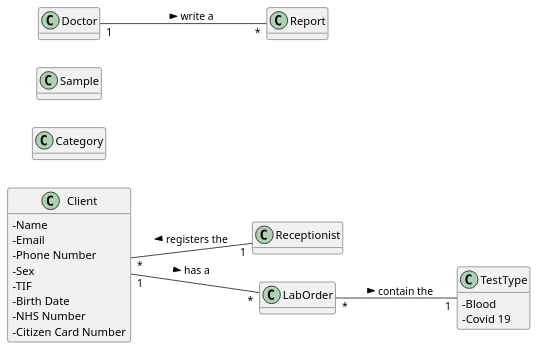
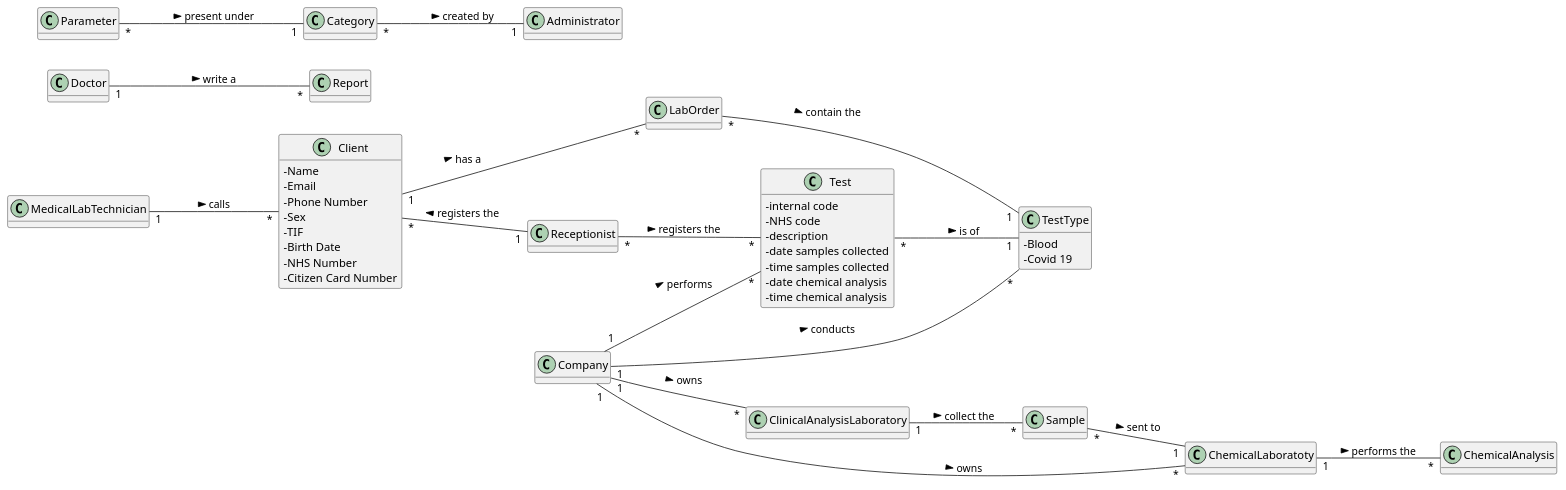
The diagram in docs/SprintA/Artifacts/DM.puml (manu-07-ela/LAPR2_ISEP), drawn with PlantUML before and after one commit.

```diff
--- a/docs/SprintA/Artifacts/DM.puml
+++ b/docs/SprintA/Artifacts/DM.puml
@@ -1,52 +1,106 @@
 @startuml
 'https://plantuml.com/class-diagram
 
 hide methods
 left to right direction
 skinparam classAttributeIconSize 0
 
 class Receptionist {
 
 }
 
 class Client {
  - Name
  - Email
  - Phone Number
  - Sex
  - TIF
  - Birth Date
  - NHS Number
  - Citizen Card Number
 
 }
 
+class Doctor {
+
+}
+
+class Administrator{
+
+}
+
+
+
 class LabOrder {
 
 }
 
 class Category {
 
 }
 
 class TestType {
 - Blood
 - Covid 19
 }
 
 class Sample {
 
 }
 
-class Doctor {
+class Report {
 
 }
 
-class Report {
+class Test {
+- internal code
+- NHS code
+- description
+- date samples collected
+- time samples collected
+- date chemical analysis
+- time chemical analysis
+}
+
+class Parameter {
+
+}
+
+class Company {
+
+}
+
+class ChemicalLaboratoty{
+
+}
+
+class MedicalLabTechnician {
+
+}
+
+class ChemicalAnalysis {
+
+}
+
+class ClinicalAnalysisLaboratory{
+
 }
 
 Client "*" -- "1" Receptionist: registers the <
 LabOrder "*" -- "1" TestType: contain the >
 Client "1" -- "*" LabOrder: has a >
 Doctor "1" -- "*" Report: write a >
+Receptionist "*" -- "*" Test: registers the >
+Test "*" -- "1" TestType: is of >
+Parameter "*" -- "1" Category: present under >
+Category "*" -- "1" Administrator: created by >
+Company "1" -- "*" Test: performs >
+Sample "*" -- "1" ChemicalLaboratoty: sent to >
+Company "1" -- "*" TestType: conducts >
+MedicalLabTechnician "1" -- "*" Client: calls >
+ChemicalLaboratoty "1" -- "*" ChemicalAnalysis: performs the >
+ClinicalAnalysisLaboratory "1" -- "*" Sample: collect the >
+Company "1" -- "*" ClinicalAnalysisLaboratory: owns >
+Company "1" -- "*" ChemicalLaboratoty: owns >
+
 @enduml
```
